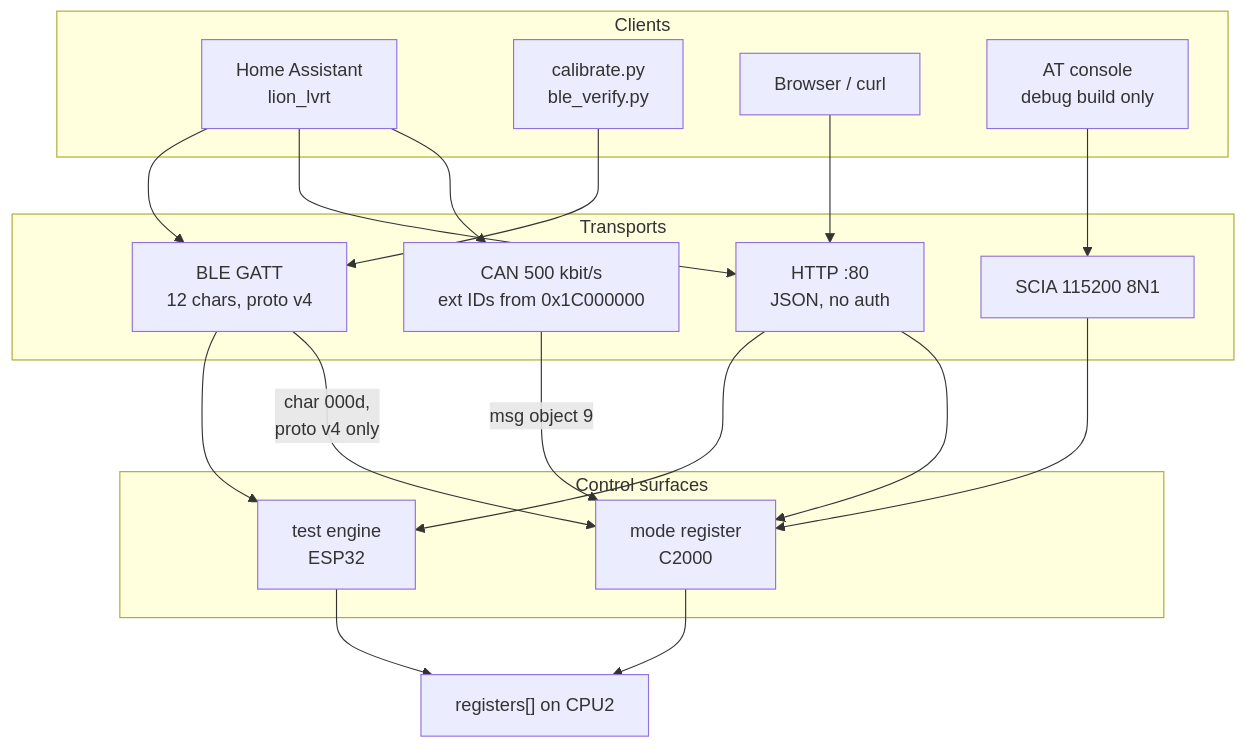
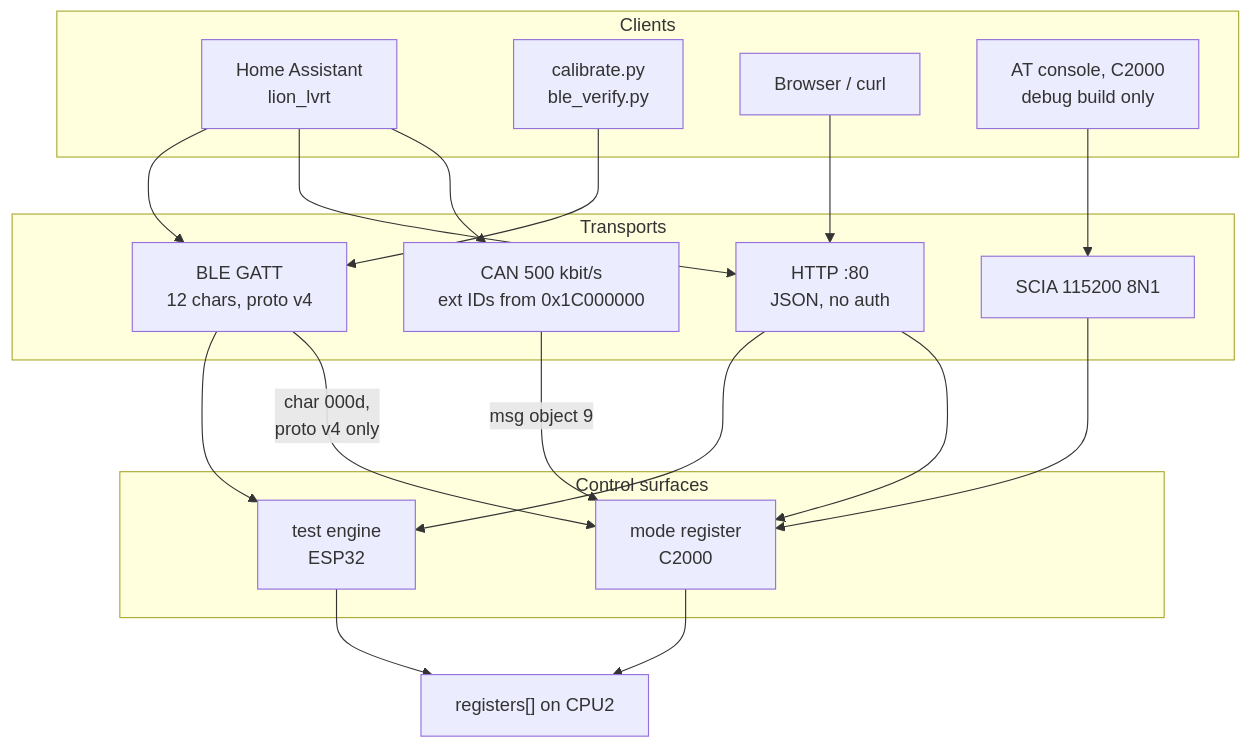
The sixth of 7 diagrams in Hardware/source/Docs/data-flow.md (ArakniD/Lion-IRVT), drawn with Mermaid before and after one commit. The commit also changed other lines of this file and 7 other files, not shown here.

````diff
--- a/Hardware/source/Docs/data-flow.md
+++ b/Hardware/source/Docs/data-flow.md
@@ -539,38 +539,38 @@
 ```mermaid
 flowchart TD
     subgraph CLIENTS ["Clients"]
         HA["Home Assistant<br/>lion_lvrt"]
         PY["calibrate.py<br/>ble_verify.py"]
         BROWSER["Browser / curl"]
-        BENCH["AT console<br/>debug build only"]
+        BENCH["AT console, C2000<br/>debug build only"]
     end
 
     subgraph TRANSPORT ["Transports"]
         BLE["BLE GATT<br/>12 chars, proto v4"]
         HTTP["HTTP :80<br/>JSON, no auth"]
         CAN["CAN 500 kbit/s<br/>ext IDs from 0x1C000000"]
         UART["SCIA 115200 8N1"]
     end
 
     subgraph SURFACES ["Control surfaces"]
         ENGINE["test engine<br/>ESP32"]
         MODE["mode register<br/>C2000"]
     end
 
     HA --> BLE
     HA --> HTTP
     HA --> CAN
     PY --> BLE
     BROWSER --> HTTP
     BENCH --> UART
 
     BLE --> ENGINE
     BLE -->|"char 000d,<br/>proto v4 only"| MODE
     HTTP --> ENGINE
     HTTP --> MODE
     CAN -->|"msg object 9"| MODE
     UART --> MODE
 
     MODE --> BTS["registers[] on CPU2"]
     ENGINE --> BTS
 ```
````
